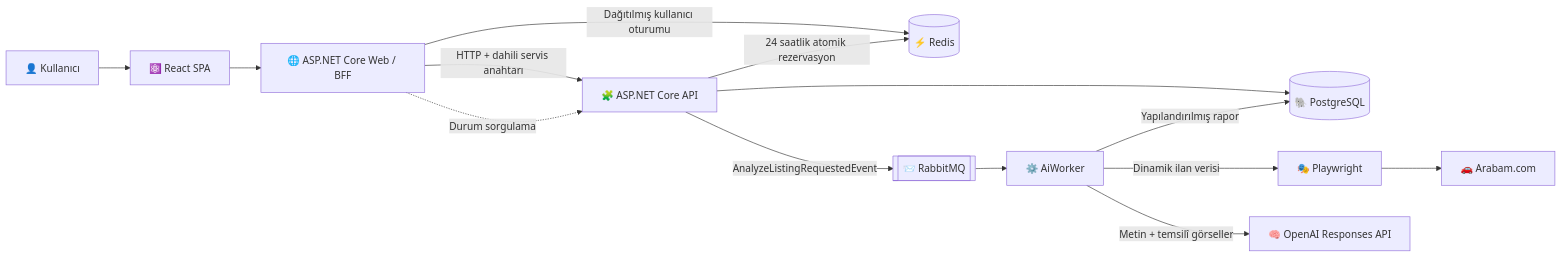
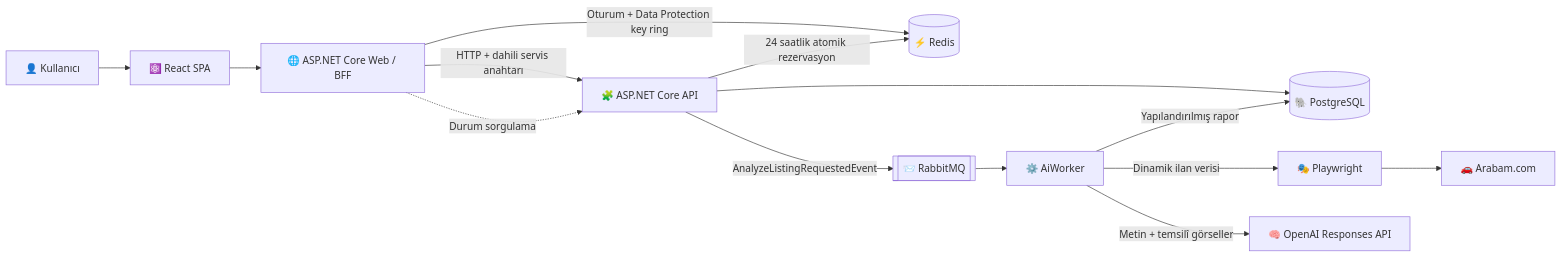
Before and after one commit to okannakinns/carlens-ai: the diagram in README.md, drawn with Mermaid. The commit also changed other lines of this file and 8 other files, not shown here.

Commit message:
Share Data Protection keys through Redis

````diff
--- a/README.md
+++ b/README.md
@@ -87,19 +87,19 @@
 ```mermaid
 flowchart LR
     U["👤 Kullanıcı"] --> SPA["⚛️ React SPA"]
     SPA --> BFF["🌐 ASP.NET Core Web / BFF"]
     BFF -->|"HTTP + dahili servis anahtarı"| API["🧩 ASP.NET Core API"]
-    BFF -->|"Dağıtılmış kullanıcı oturumu"| REDIS[("⚡ Redis")]
+    BFF -->|"Oturum + Data Protection key ring"| REDIS[("⚡ Redis")]
 
     API --> DB[("🐘 PostgreSQL")]
     API -->|"24 saatlik atomik rezervasyon"| REDIS[("⚡ Redis")]
     API -->|"AnalyzeListingRequestedEvent"| MQ[["📨 RabbitMQ"]]
 
     MQ --> WORKER["⚙️ AiWorker"]
     WORKER -->|"Dinamik ilan verisi"| BROWSER["🎭 Playwright"]
     BROWSER --> SOURCE["🚗 Arabam.com"]
     WORKER -->|"Metin + temsilî görseller"| OPENAI["🧠 OpenAI Responses API"]
     WORKER -->|"Yapılandırılmış rapor"| DB
 
     BFF -. "Durum sorgulama" .-> API
 ```
````
